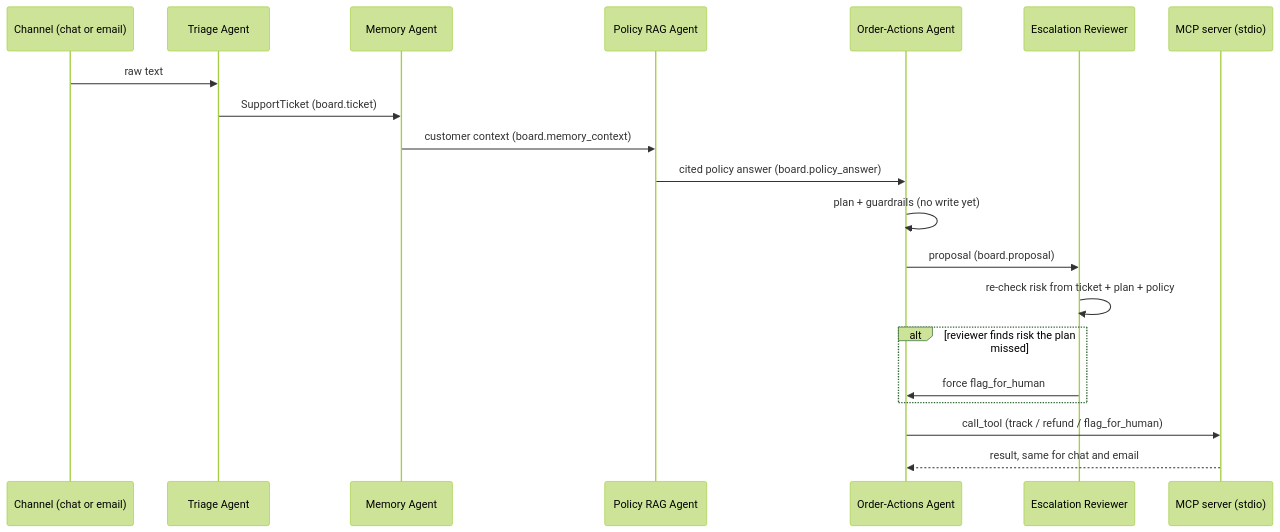
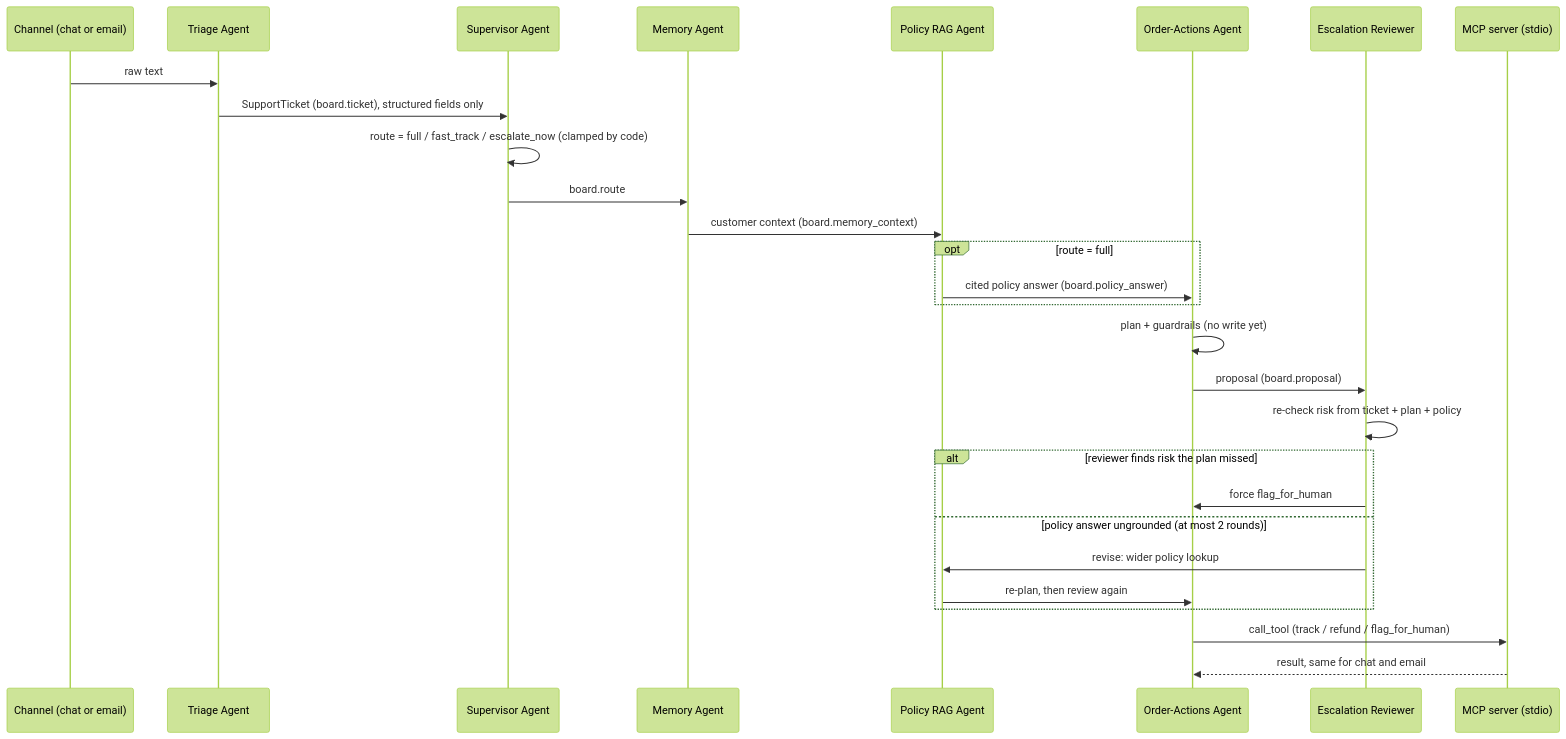
One commit to abhraj786/iith-ai-capstone-shopsense changed the diagram in docs/diagrams/m6_multi_agent_sequence.md. Above: the diagram before and after it, drawn with Mermaid (forest theme). The commit also changed other lines of this file and 8 other files, not shown here.

Commit message:
M6: LLM supervisor with code-clamped routes, capped revision loop, tests, docs and deck

````diff
--- a/docs/diagrams/m6_multi_agent_sequence.md
+++ b/docs/diagrams/m6_multi_agent_sequence.md
@@ -7,22 +7,30 @@
 ```mermaid
 sequenceDiagram
     participant C as Channel (chat or email)
     participant T as Triage Agent
+    participant U as Supervisor Agent
     participant M as Memory Agent
     participant P as Policy RAG Agent
     participant O as Order-Actions Agent
     participant R as Escalation Reviewer
     participant S as MCP server (stdio)
     C->>T: raw text
-    T->>M: SupportTicket (board.ticket)
+    T->>U: SupportTicket (board.ticket), structured fields only
+    U->>U: route = full / fast_track / escalate_now (clamped by code)
+    U->>M: board.route
     M->>P: customer context (board.memory_context)
-    P->>O: cited policy answer (board.policy_answer)
+    opt route = full
+        P->>O: cited policy answer (board.policy_answer)
+    end
     O->>O: plan + guardrails (no write yet)
     O->>R: proposal (board.proposal)
     R->>R: re-check risk from ticket + plan + policy
     alt reviewer finds risk the plan missed
         R->>O: force flag_for_human
+    else policy answer ungrounded (at most 2 rounds)
+        R->>P: revise: wider policy lookup
+        P->>O: re-plan, then review again
     end
     O->>S: call_tool (track / refund / flag_for_human)
     S-->>O: result, same for chat and email
 ```
````
